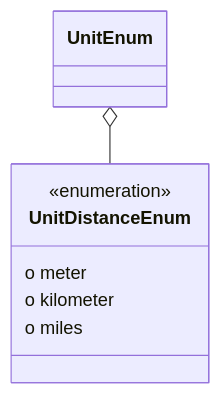
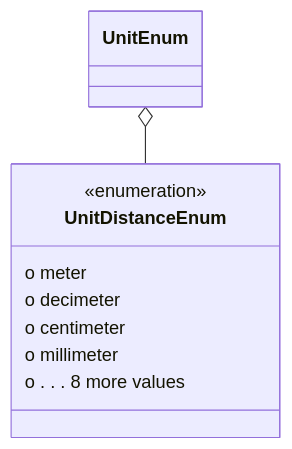
One commit to codexstanford/Insurance-Payout-Ontology changed the diagram in datamodel-build/mermaid/UnitDistanceEnum.mmd. Above: the diagram before and after it, drawn with Mermaid. The commit also changed 132 other files, not shown here.

```diff
--- a/datamodel-build/mermaid/UnitDistanceEnum.mmd
+++ b/datamodel-build/mermaid/UnitDistanceEnum.mmd
@@ -1,8 +1,10 @@
 classDiagram
 UnitEnum o-- UnitDistanceEnum
   class UnitDistanceEnum {
 <<enumeration>>
   o meter
-  o kilometer
-  o miles
+  o decimeter
+  o centimeter
+  o millimeter
+  o . . . 8 more values
 }
```
